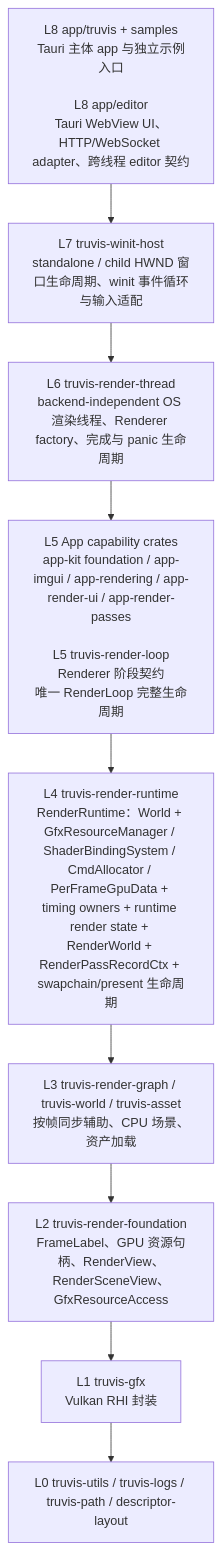
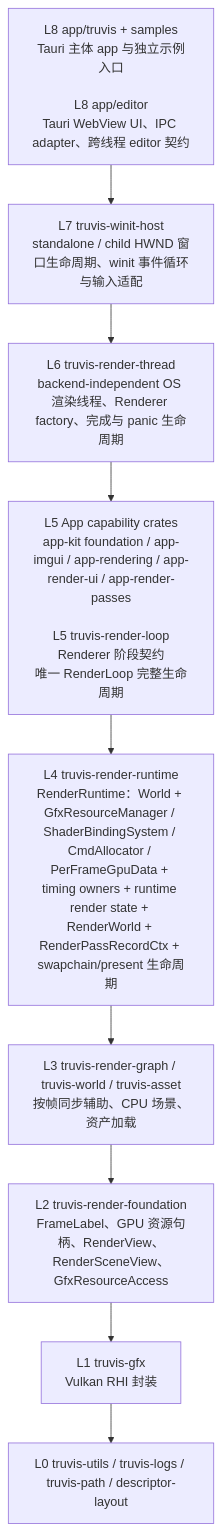
The first of 3 diagrams in docs/summaries/layering-and-dependency-boundaries.md (acccoco/TruvisRenderer), drawn with Mermaid before and after one commit. The commit also changed other lines of this file and 55 other files, not shown here.

Commit message:
[update/editor] 使用 Tauri IPC 替换 EditorServer

````diff
--- a/docs/summaries/layering-and-dependency-boundaries.md
+++ b/docs/summaries/layering-and-dependency-boundaries.md
@@ -9,13 +9,13 @@
 ```mermaid
 flowchart TB
-    L8["L8 app/truvis + samples<br/>Tauri 主体 app 与独立示例入口<br/><br/>L8 app/editor<br/>Tauri WebView UI、HTTP/WebSocket adapter、跨线程 editor 契约"]
+    L8["L8 app/truvis + samples<br/>Tauri 主体 app 与独立示例入口<br/><br/>L8 app/editor<br/>Tauri WebView UI、IPC adapter、跨线程 editor 契约"]
     L7["L7 truvis-winit-host<br/>standalone / child HWND 窗口生命周期、winit 事件循环与输入适配"]
     L6["L6 truvis-render-thread<br/>backend-independent OS 渲染线程、Renderer factory、完成与 panic 生命周期"]
     L5["L5 App capability crates<br/>app-kit foundation / app-imgui / app-rendering / app-render-ui / app-render-passes<br/><br/>L5 truvis-render-loop<br/>Renderer 阶段契约<br/>唯一 RenderLoop 完整生命周期"]
     L4["L4 truvis-render-runtime<br/>RenderRuntime：World + GfxResourceManager / ShaderBindingSystem / CmdAllocator / PerFrameGpuData + timing owners + runtime render state + RenderWorld + RenderPassRecordCtx + swapchain/present 生命周期"]
     L3["L3 truvis-render-graph / truvis-world / truvis-asset<br/>按帧同步辅助、CPU 场景、资产加载"]
     L2["L2 truvis-render-foundation<br/>FrameLabel、GPU 资源句柄、RenderView、RenderSceneView、GfxResourceAccess"]
     L1["L1 truvis-gfx<br/>Vulkan RHI 封装"]
     L0["L0 truvis-utils / truvis-logs / truvis-path / descriptor-layout"]
     L8 --> L7 --> L6 --> L5 --> L4 --> L3 --> L2 --> L1 --> L0
 ```
````
